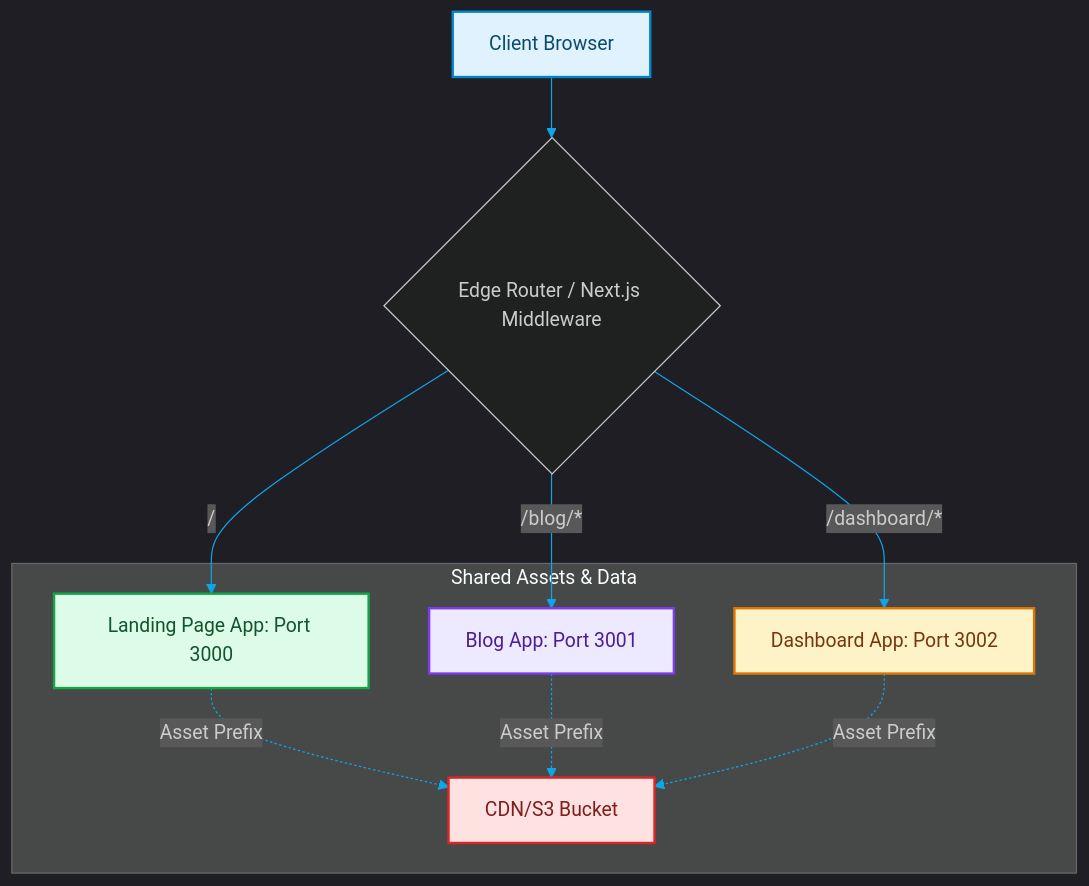
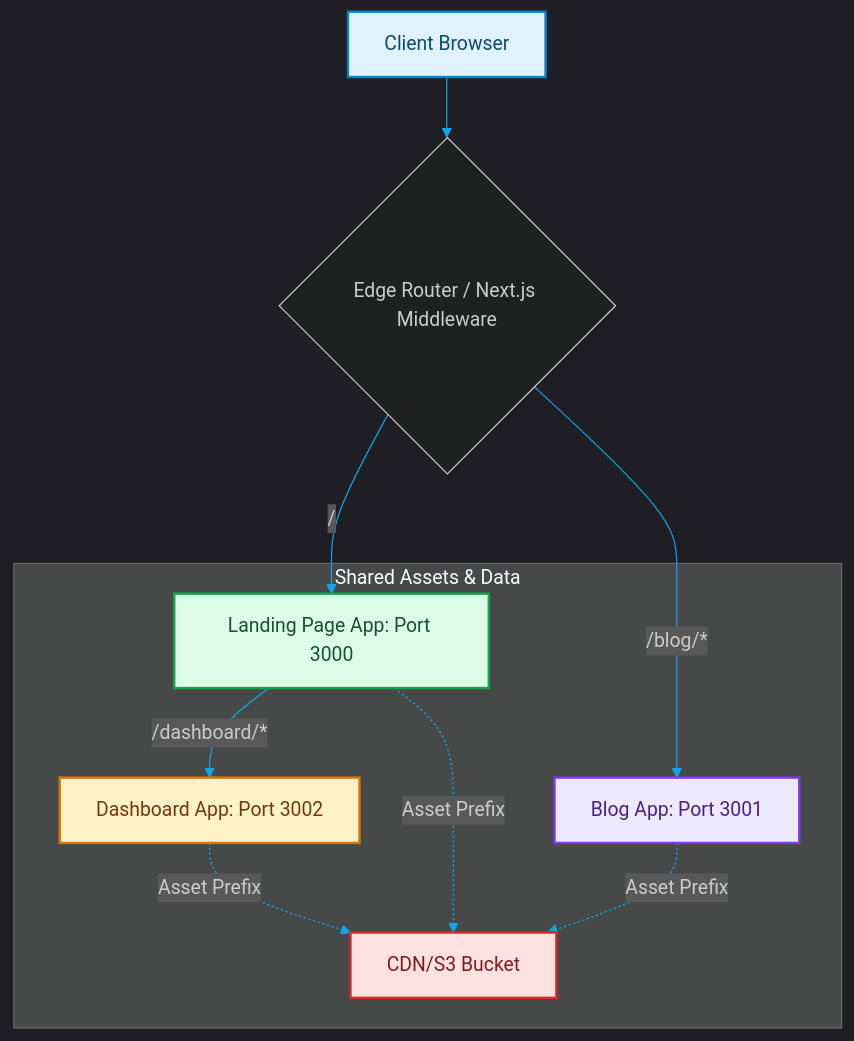
The diagram in blog/posts/nextjs-micro-frontends-multi-zones.md (akmalkhaniub/akmalkhaniub.github.io), drawn with Mermaid before and after one commit. The commit also changed other lines of this file and 894 other files, not shown here.

Commit message:
feat(blog): upgrade all 444 posts with unique staggered dates, 2-col Mermaid spines, benchmark tables, code blocks, and trade-offs

````diff
--- a/blog/posts/nextjs-micro-frontends-multi-zones.md
+++ b/blog/posts/nextjs-micro-frontends-multi-zones.md
@@ -16,25 +16,25 @@
 ```mermaid
 %%{init: {'theme': 'dark', 'themeVariables': { 'primaryColor': '#0ea5e9', 'primaryTextColor': '#f3f4f6', 'primaryBorderColor': '#38bdf8', 'lineColor': '#0ea5e9', 'secondaryColor': '#111827', 'tertiaryColor': '#0b0f19'}}}%%
 flowchart TD
     Client["Client Browser"] --> Edge{Edge Router / Next.js Middleware}
-    Edge -- / --> Landing["Landing Page App: Port 3000"]
-    Edge -- /blog/* --> Blog["Blog App: Port 3001"]
-    Edge -- /dashboard/* --> Dashboard["Dashboard App: Port 3002"]
+    Edge -->|/| Landing["Landing Page App: Port 3000"]
+    Edge -->|/blog/*| Blog["Blog App: Port 3001"]
+    Landing --> |/dashboard/*| Dashboard["Dashboard App: Port 3002"]
     
     subgraph SG1_SharedAssetsData ["Shared Assets & Data"]
         Landing -. Asset Prefix .-> S3["CDN/S3 Bucket"]
         Blog -. Asset Prefix .-> S3
         Dashboard -. Asset Prefix .-> S3
     end
 
 classDef green fill:#dcfce7,stroke:#16a34a,stroke-width:2px,color:#14532d;
 classDef red fill:#fee2e2,stroke:#dc2626,stroke-width:2px,color:#7f1d1d;
 classDef blue fill:#e0f2fe,stroke:#0284c7,stroke-width:2px,color:#0c4a6e;
 classDef yellow fill:#fef3c7,stroke:#d97706,stroke-width:2px,color:#78350f;
 classDef purple fill:#ede9fe,stroke:#7c3aed,stroke-width:2px,color:#4c1d95;
 class Client blue
 class Landing green
 class Blog purple
 class Dashboard yellow
 class S3 red
 ```
````
